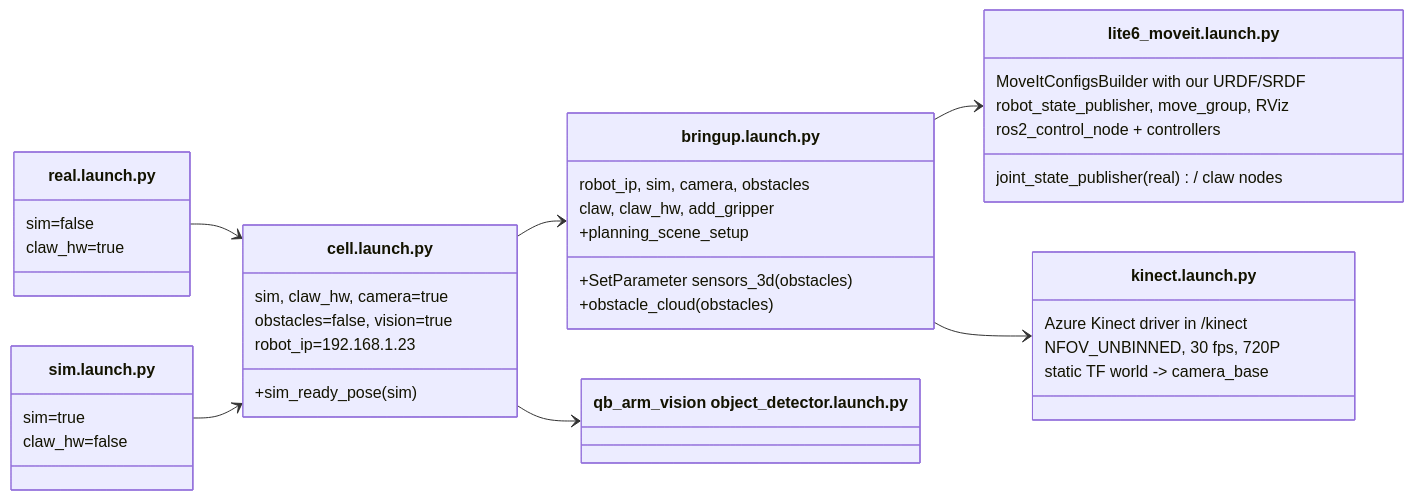
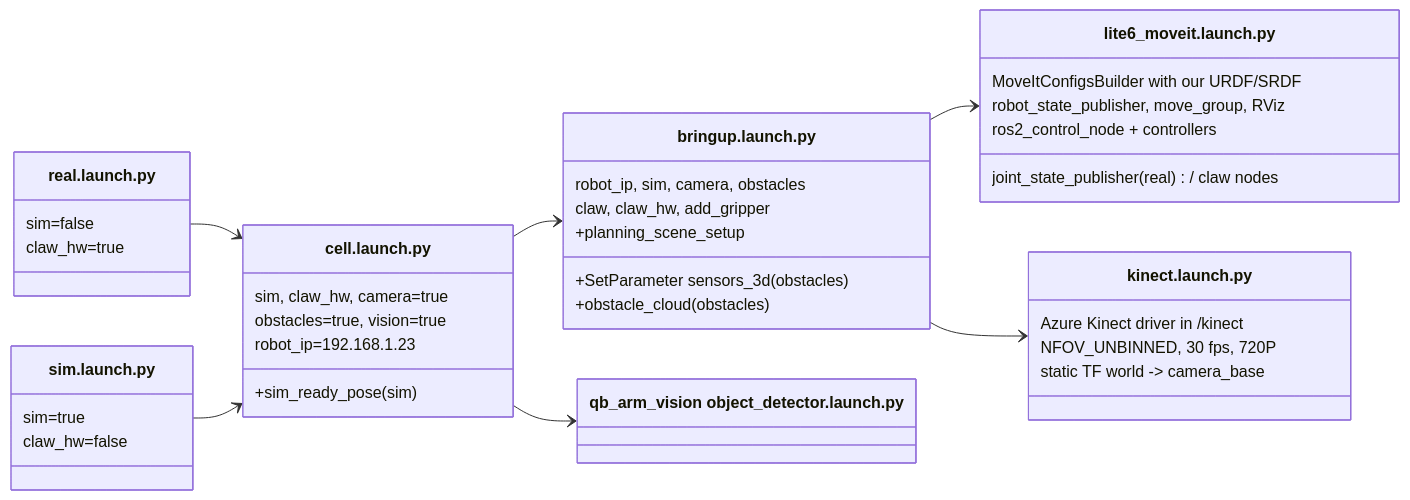
The first of 2 diagrams in docs/pages/07-qb_arm.md (whoobee/qb_arm_install), drawn with Mermaid before and after one commit. The commit also changed other lines of this file and 4 other files, not shown here.

````diff
--- a/docs/pages/07-qb_arm.md
+++ b/docs/pages/07-qb_arm.md
@@ -23,43 +23,43 @@
 ```mermaid
 classDiagram
     direction LR
     class real_launch["real.launch.py"] {
         sim=false
         claw_hw=true
     }
     class sim_launch["sim.launch.py"] {
         sim=true
         claw_hw=false
     }
     class cell_launch["cell.launch.py"] {
         sim, claw_hw, camera=true
-        obstacles=false, vision=true
+        obstacles=true, vision=true
         robot_ip=192.168.1.23
         +sim_ready_pose (sim)
     }
     class bringup["bringup.launch.py"] {
         robot_ip, sim, camera, obstacles
         claw, claw_hw, add_gripper
         +SetParameter sensors_3d (obstacles)
         +obstacle_cloud (obstacles)
         +planning_scene_setup
     }
     class lite6_moveit["lite6_moveit.launch.py"] {
         MoveItConfigsBuilder with our URDF/SRDF
         robot_state_publisher, move_group, RViz
         ros2_control_node + controllers
         joint_state_publisher (real) / claw nodes
     }
     class kinect["kinect.launch.py"] {
         Azure Kinect driver in /kinect
         NFOV_UNBINNED, 30 fps, 720P
         static TF world -> camera_base
     }
     class detector["qb_arm_vision object_detector.launch.py"]
     real_launch --> cell_launch
     sim_launch --> cell_launch
     cell_launch --> bringup
     cell_launch --> detector
     bringup --> lite6_moveit
     bringup --> kinect
 ```
````
